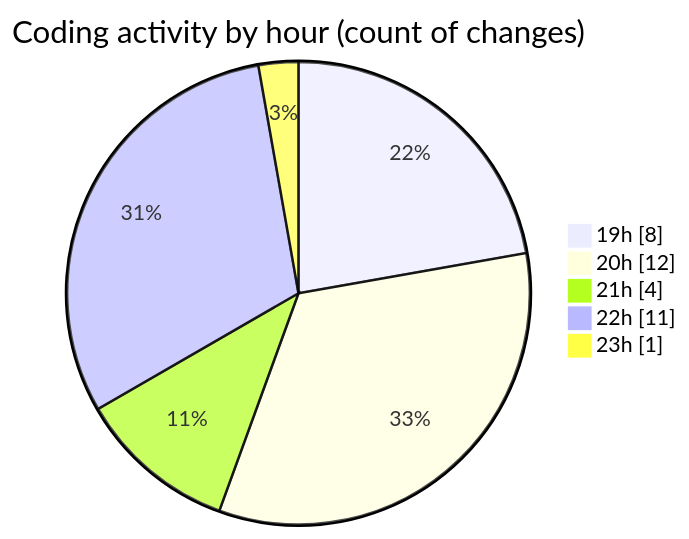
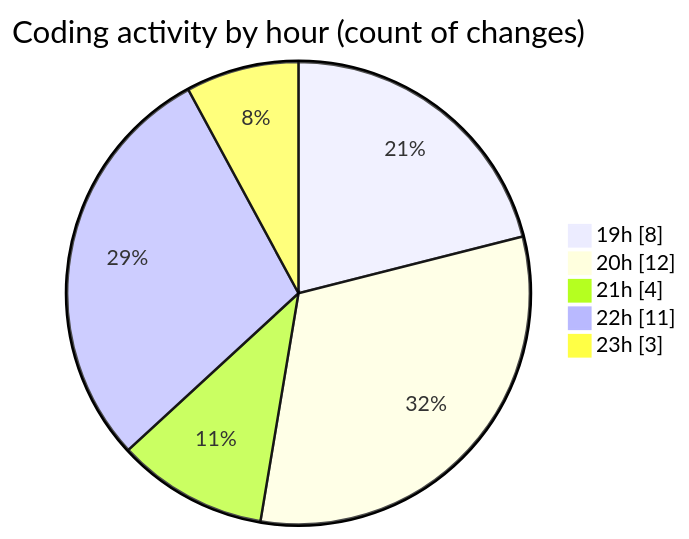
Before and after one commit to Elitesun/code-tracking: the second of 2 diagrams in 2025-04-10/product-page/README.md, drawn with Mermaid. The commit also changed other lines of this file and 1 other file, not shown here.

````diff
--- a/2025-04-10/product-page/README.md
+++ b/2025-04-10/product-page/README.md
@@ -43,9 +43,9 @@
 ```mermaid
 pie showData
 title Coding activity by hour (count of changes)
 "19h" : 8
 "20h" : 12
 "21h" : 4
 "22h" : 11
-"23h" : 1
+"23h" : 3
 ```
````
